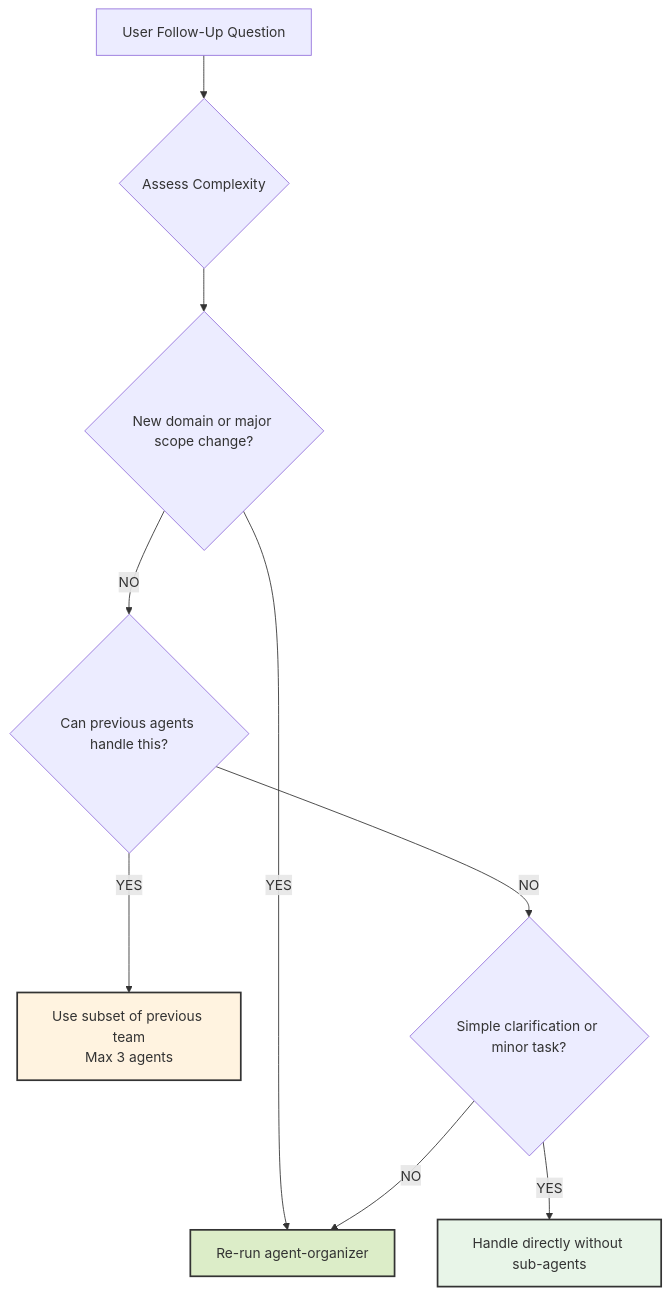
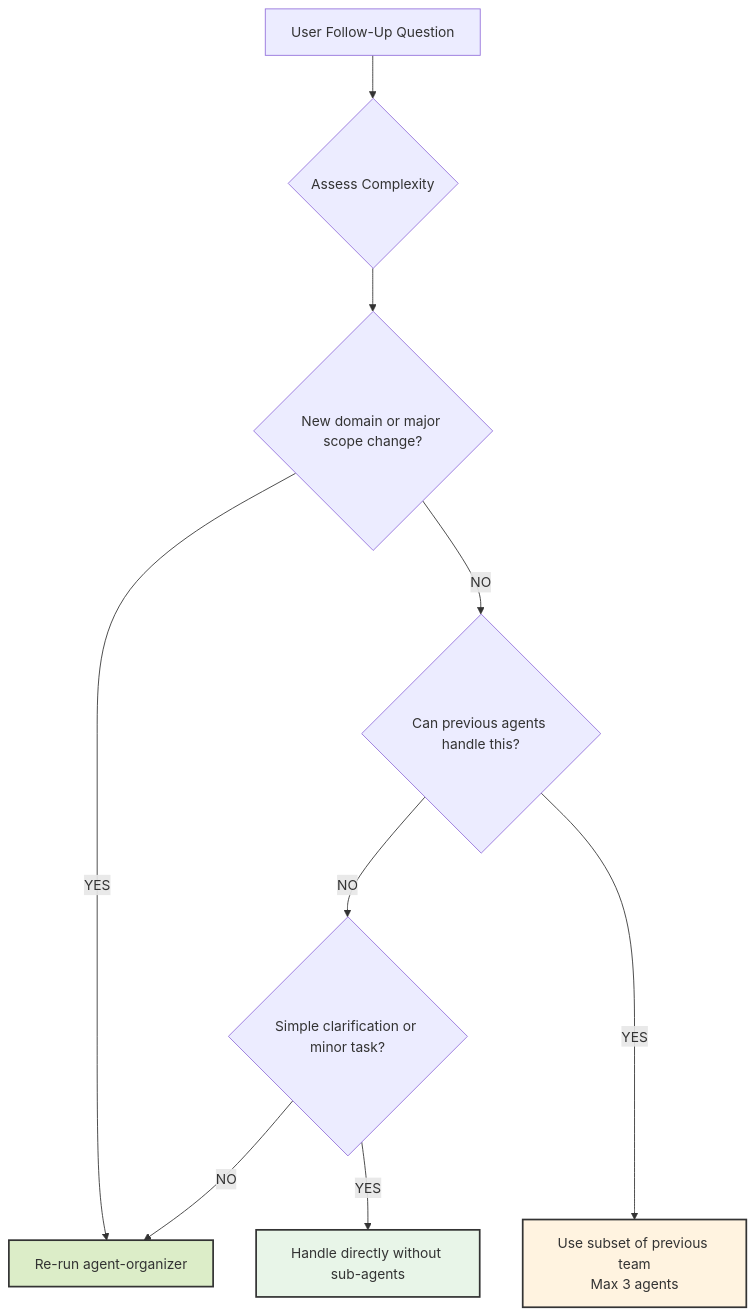
The second of 2 diagrams in CLAUDE.md (miadisabelle/mia-claude-code-sub-agents), drawn with Mermaid before and after one commit. The commit also changed other lines of this file, not shown here.

````diff
--- a/CLAUDE.md
+++ b/CLAUDE.md
@@ -124,15 +124,15 @@
 ```mermaid
 graph TD
     A[User Follow-Up Question] --> B{Assess Complexity}
     B --> C{New domain or major scope change?}
     C -- YES --> D[Re-run agent-organizer]
     C -- NO --> E{Can previous agents handle this?}
-    E -- YES --> F[Use subset of previous team<br/>Max 3 agents]
     E -- NO --> G{Simple clarification or minor task?}
+    G -- NO --> D
     G -- YES --> H[Handle directly without sub-agents]
-    G -- NO --> D
+    E -- YES ---> F[Use subset of previous team<br/>Max 3 agents]
     
     style D fill:#dcedc8,stroke:#333,stroke-width:2px
     style F fill:#fff3e0,stroke:#333,stroke-width:2px  
     style H fill:#e8f5e8,stroke:#333,stroke-width:2px
 ```
````
